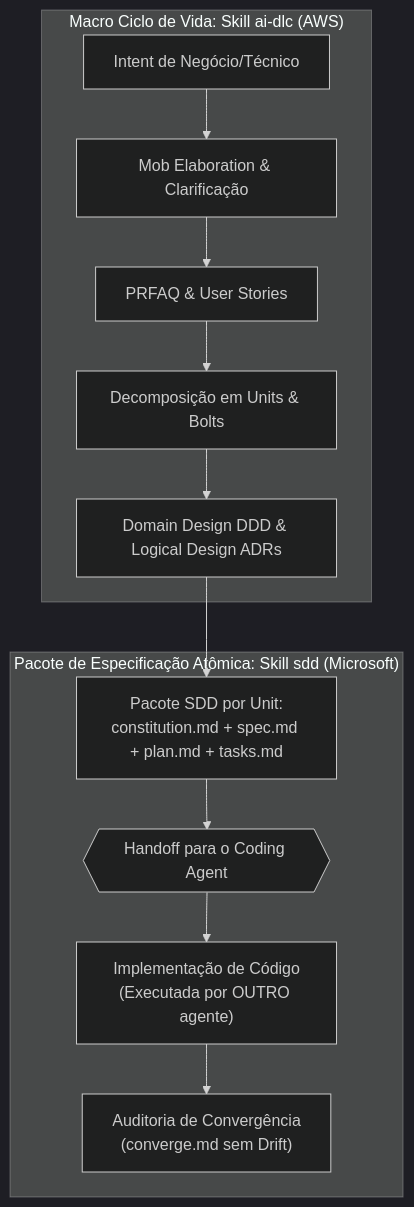
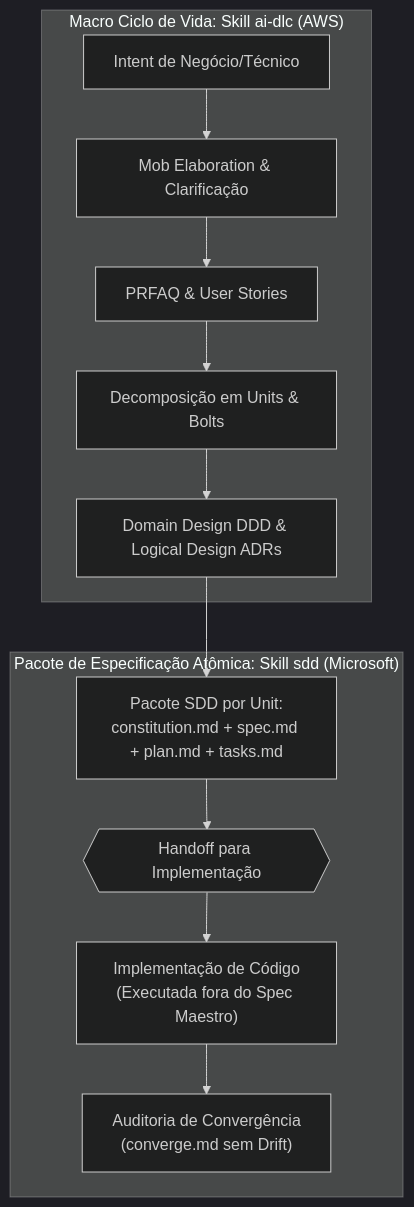
Before and after one commit to pbarros1979/agentic-engineering-suite: the diagram in agents/spec-maestro/.agent/agents/spec-maestro.md, drawn with Mermaid (dark theme). The commit also changed other lines of this file and 3 other files, not shown here.

Commit message:
docs(spec-maestro): documenta plano do mcp-engineer, cataloga novo agente e reforca guardrails

````diff
--- a/agents/spec-maestro/.agent/agents/spec-maestro.md
+++ b/agents/spec-maestro/.agent/agents/spec-maestro.md
@@ -41,16 +42,16 @@
 ```mermaid
 flowchart TD
     subgraph MacroCycle ["Macro Ciclo de Vida: Skill ai-dlc (AWS)"]
         INTENT[Intent de Negócio/Técnico] --> ME[Mob Elaboration & Clarificação]
         ME --> PR[PRFAQ & User Stories]
         PR --> UB[Decomposição em Units & Bolts]
         UB --> DDD[Domain Design DDD & Logical Design ADRs]
     end
 
     subgraph MicroSpec ["Pacote de Especificação Atômica: Skill sdd (Microsoft)"]
         DDD --> SPEC_PKG["Pacote SDD por Unit:<br/>constitution.md + spec.md + plan.md + tasks.md"]
-        SPEC_PKG --> HANDOFF{{"Handoff para o Coding Agent"}}
-        HANDOFF --> CODE["Implementação de Código<br/>(Executada por OUTRO agente)"]
+        SPEC_PKG --> HANDOFF{{"Handoff para Implementação"}}
+        HANDOFF --> CODE["Implementação de Código<br/>(Executada fora do Spec Maestro)"]
         CODE --> CONVERGE["Auditoria de Convergência<br/>(converge.md sem Drift)"]
     end
 ```
````
